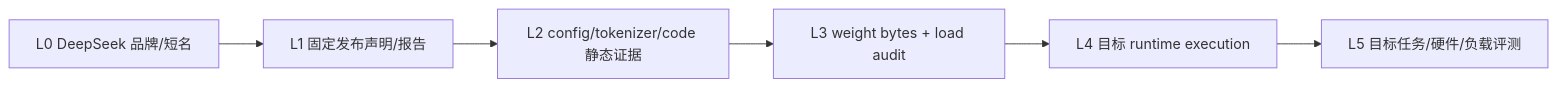
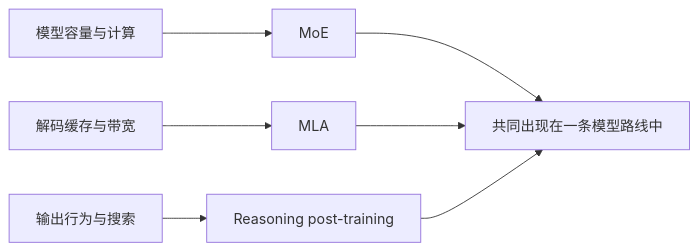
Before and after one commit to NightLemon/about-llm: the diagram in docs/models/deepseek.md, drawn with Mermaid. The commit also changed other lines of this file and 3 other files, not shown here.

Commit message:
docs: turn DeepSeek dossier into a learning guide

````diff
--- a/docs/models/deepseek.md
+++ b/docs/models/deepseek.md
@@ -28,8 +57,9 @@
-```mermaid
+~~~mermaid
 flowchart LR
-    A["L0 DeepSeek 品牌/短名"] --> B["L1 固定发布声明/报告"]
-    B --> C["L2 config/tokenizer/code 静态证据"]
-    C --> D["L3 weight bytes + load audit"]
-    D --> E["L4 目标 runtime execution"]
-    E --> F["L5 目标任务/硬件/负载评测"]
-```
+    A["模型容量与计算"] --> B["MoE"]
+    C["解码缓存与带宽"] --> D["MLA"]
+    E["输出行为与搜索"] --> F["Reasoning post-training"]
+    B --> G["共同出现在一条模型路线中"]
+    D --> G
+    F --> G
+~~~
````
